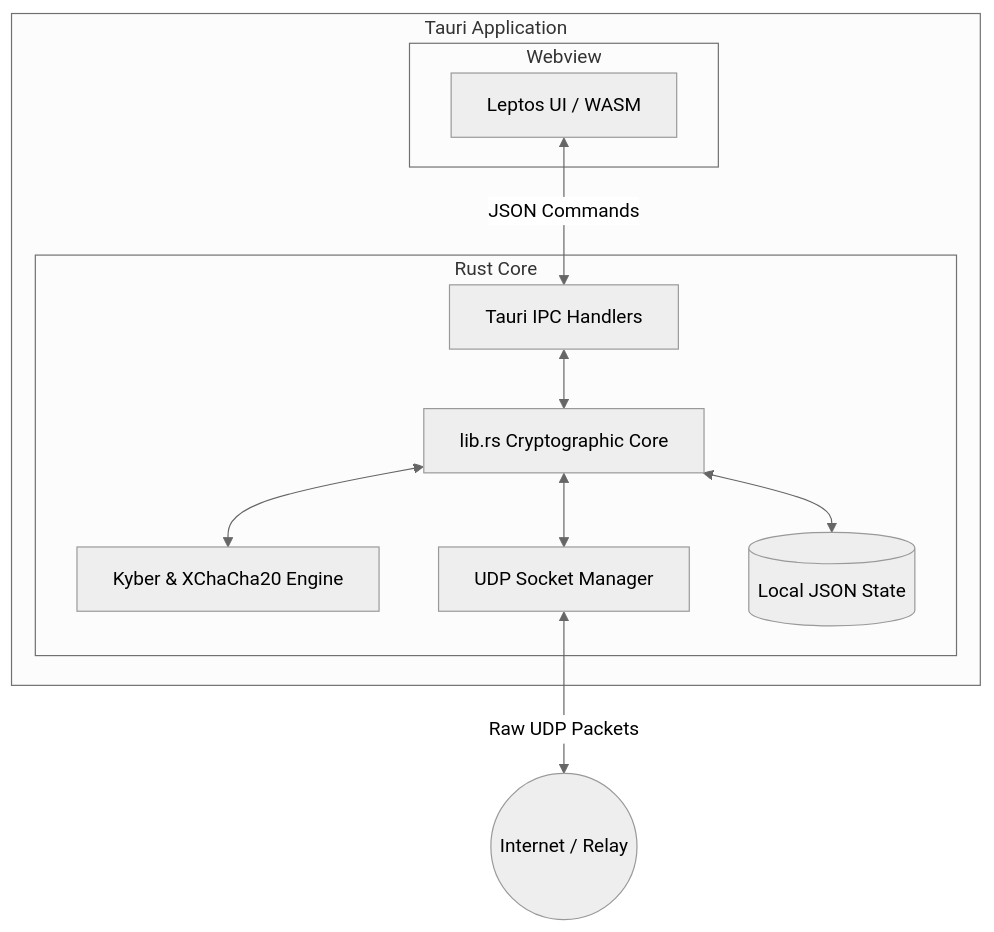
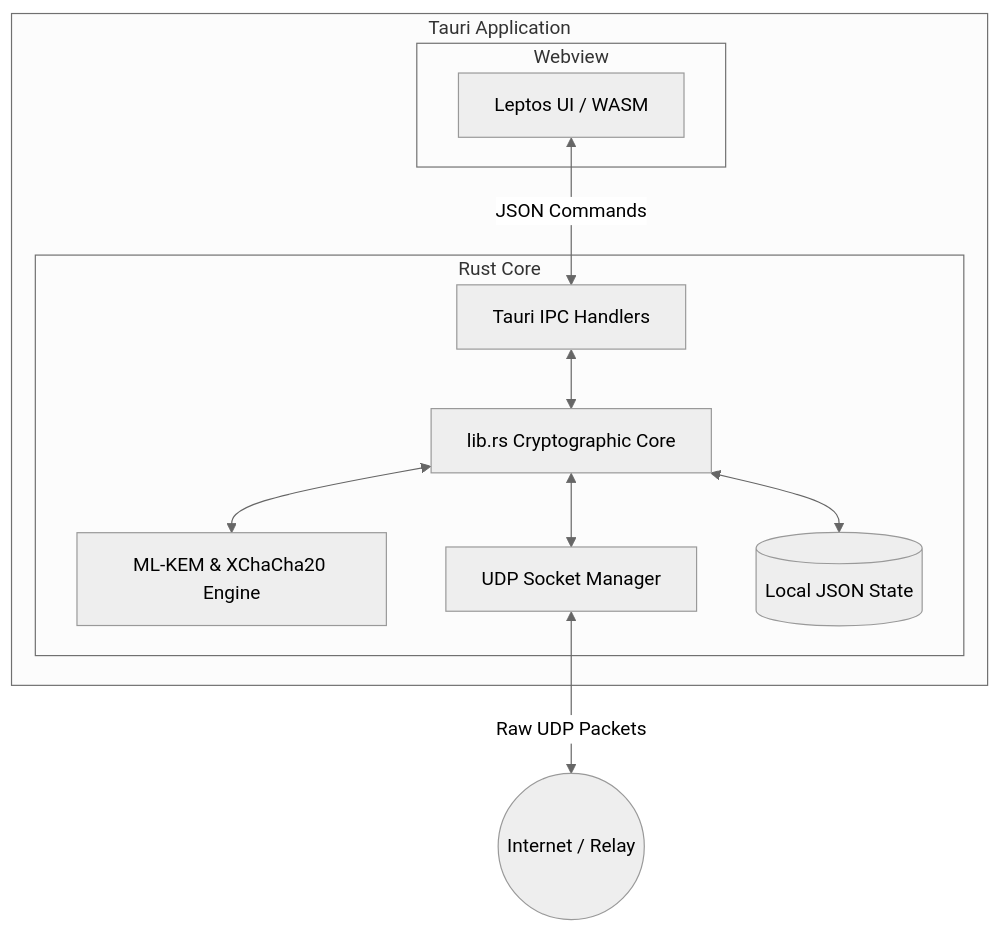
The fifth of 5 diagrams in documentations/architecture-diagrams.md (Lxadams/Cryptogram), drawn with Mermaid (neutral theme) before and after one commit. The commit also changed other lines of this file and 22 other files, not shown here.

````diff
--- a/documentations/architecture-diagrams.md
+++ b/documentations/architecture-diagrams.md
@@ -143,26 +143,26 @@
 ```mermaid
 graph TD
     subgraph Desktop Client [Tauri Application]
         
         subgraph Frontend [Webview]
             Leptos[Leptos UI / WASM]
         end
 
         subgraph Backend [Rust Core]
             TauriAPI[Tauri IPC Handlers]
             LibRS[lib.rs Cryptographic Core]
-            Crypto[Kyber & XChaCha20 Engine]
+            Crypto[ML-KEM & XChaCha20 Engine]
             Net[UDP Socket Manager]
             Storage[(Local JSON State)]
         end
         
         Leptos <-->|JSON Commands| TauriAPI
         TauriAPI <--> LibRS
         LibRS <--> Crypto
         LibRS <--> Storage
         LibRS <--> Net
         
     end
     
     Net <-->|Raw UDP Packets| WAN((Internet / Relay))
 ```
````
